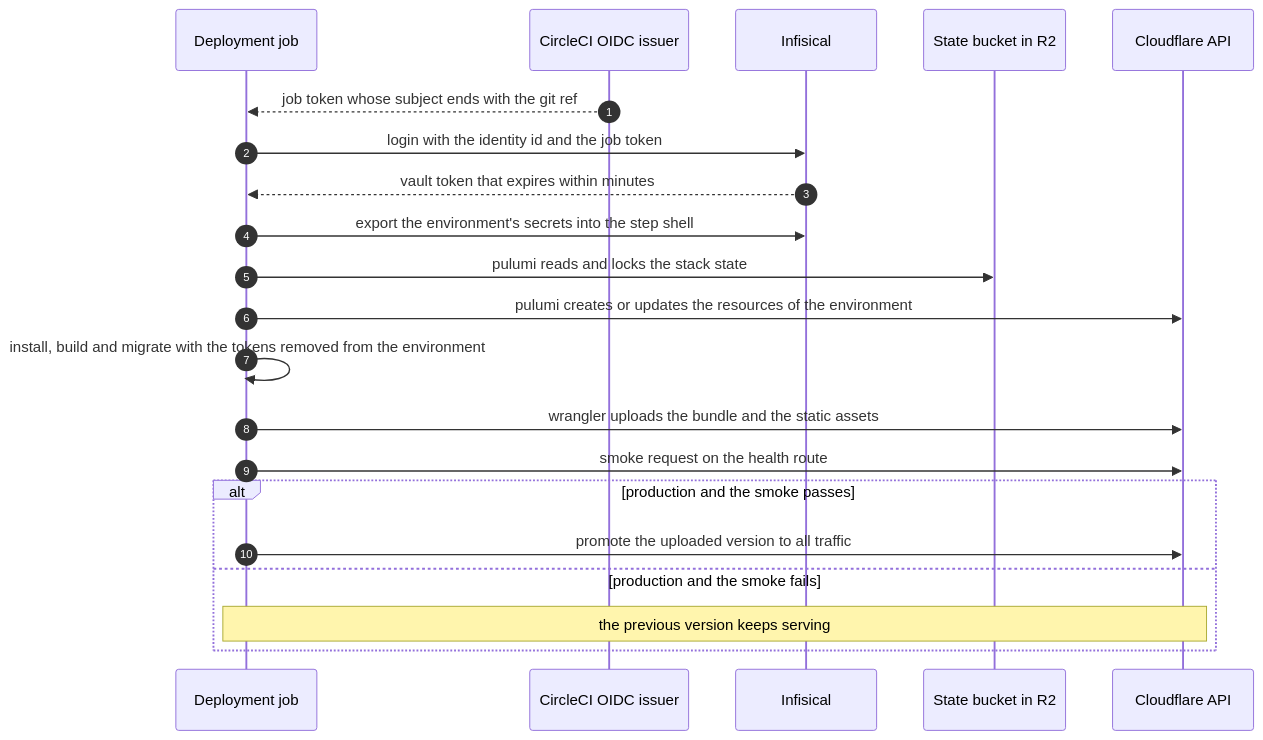
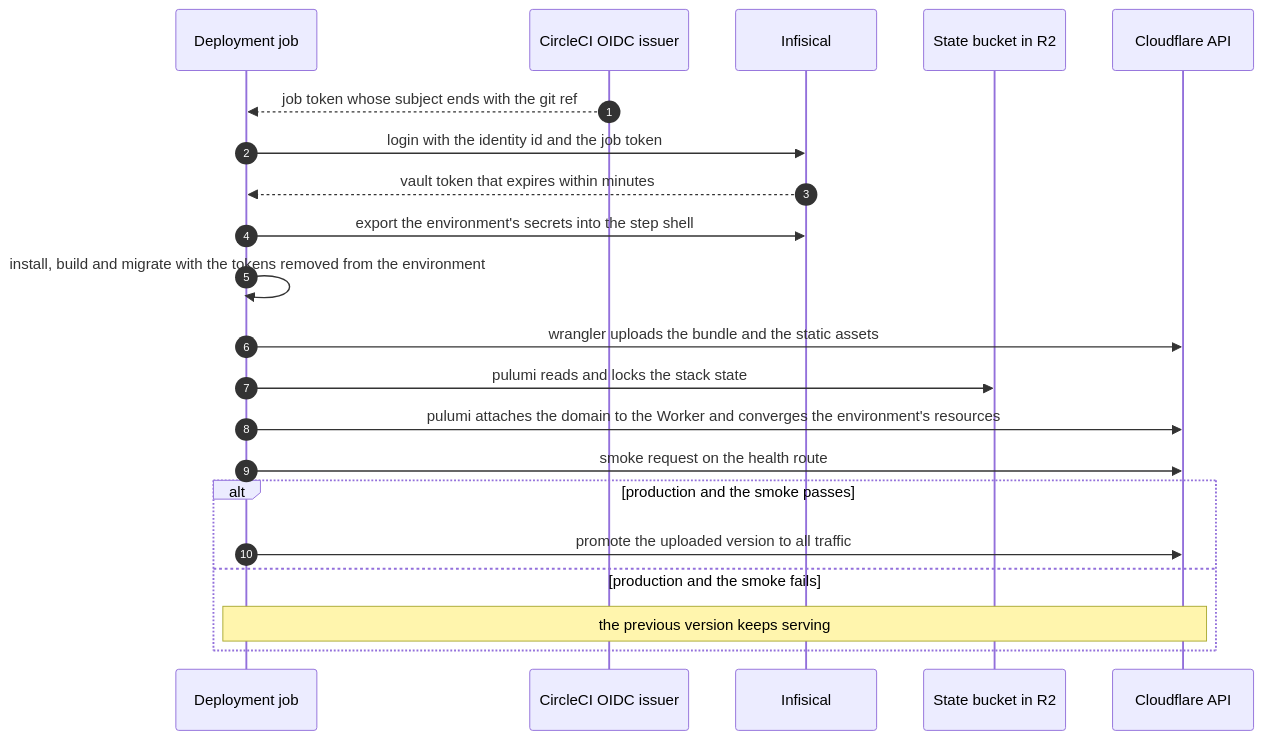
The third of 3 diagrams in docs/architecture.md (NextNodeSolutions/infrastructure), drawn with Mermaid before and after one commit. The commit also changed other lines of this file and 3 other files, not shown here.

First line of the commit message:
ci: pulumi converges the environment's resources and attaches its custom domain (#6)

````diff
--- a/docs/architecture.md
+++ b/docs/architecture.md
@@ -88,23 +88,23 @@
 ```mermaid
 sequenceDiagram
     autonumber
     participant J as Deployment job
     participant O as CircleCI OIDC issuer
     participant V as Infisical
     participant S as State bucket in R2
     participant F as Cloudflare API
     O-->>J: job token whose subject ends with the git ref
     J->>V: login with the identity id and the job token
     V-->>J: vault token that expires within minutes
     J->>V: export the environment's secrets into the step shell
-    J->>S: pulumi reads and locks the stack state
-    J->>F: pulumi creates or updates the resources of the environment
     J->>J: install, build and migrate with the tokens removed from the environment
     J->>F: wrangler uploads the bundle and the static assets
+    J->>S: pulumi reads and locks the stack state
+    J->>F: pulumi attaches the domain to the Worker and converges the environment's resources
     J->>F: smoke request on the health route
     alt production and the smoke passes
         J->>F: promote the uploaded version to all traffic
     else production and the smoke fails
         Note over J,F: the previous version keeps serving
     end
 ```
````
